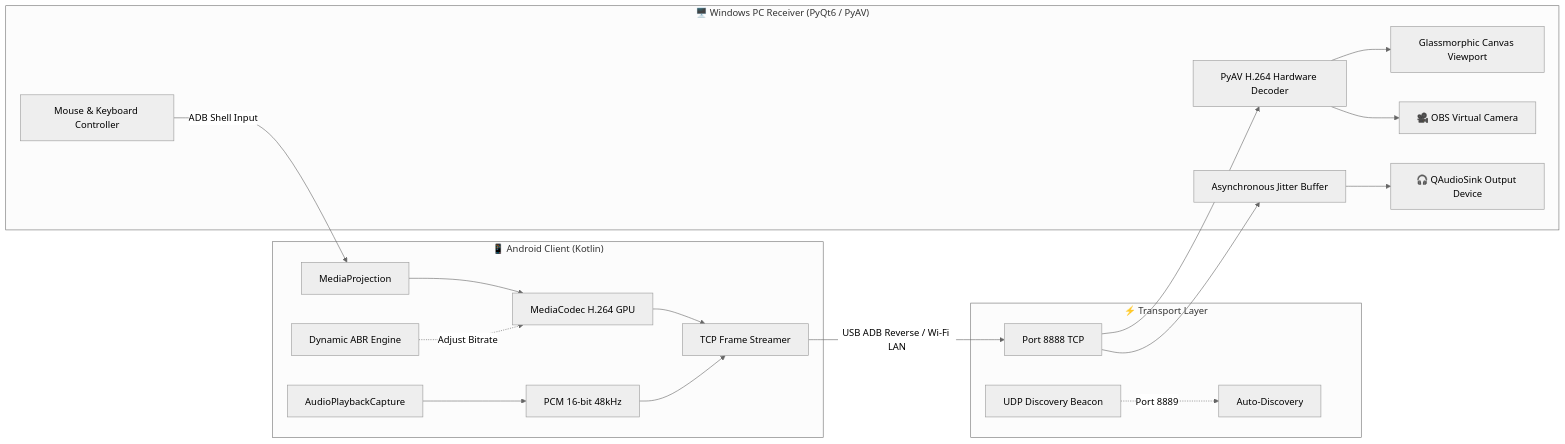
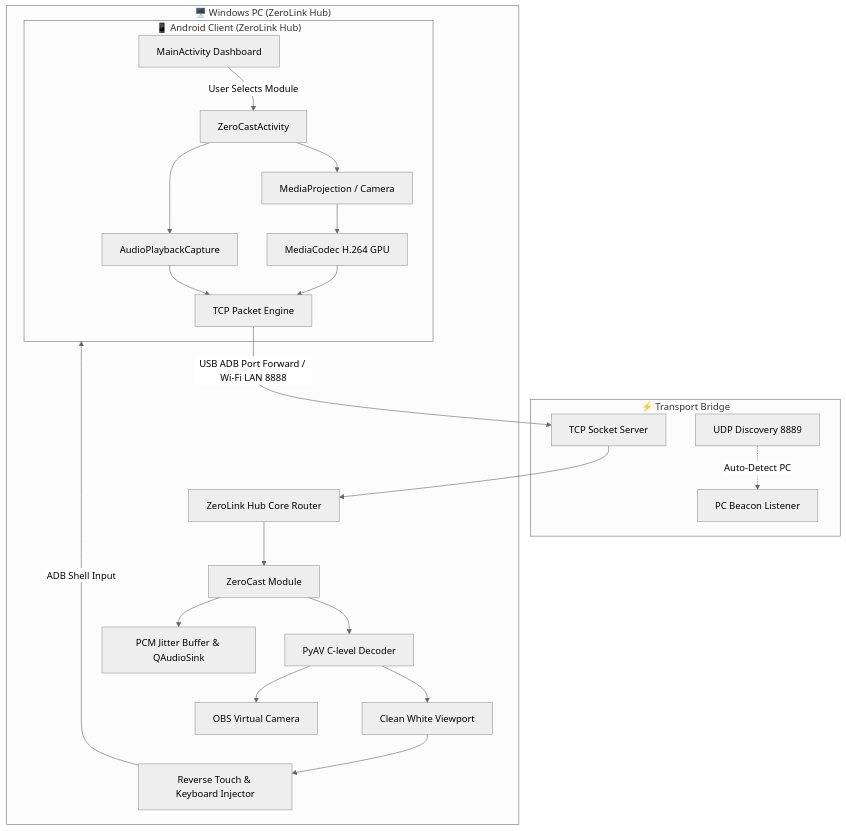
One commit to WhyAlwaysEng/ZeroLink changed the diagram in README.md. Above: the diagram before and after it, drawn with Mermaid (neutral theme). The commit also changed other lines of this file and 2 other files, not shown here.

Commit message:
docs: rewrite README for ZeroLink modular hub ecosystem and clean monochrome branding

````diff
--- a/README.md
+++ b/README.md
@@ -38,24 +72,27 @@
 ```mermaid
-graph LR
-    subgraph Android["📱 Android Client (Kotlin)"]
-        A[MediaProjection] --> B[MediaCodec H.264 GPU]
-        C[AudioPlaybackCapture] --> D[PCM 16-bit 48kHz]
-        B --> E[TCP Frame Streamer]
-        D --> E
-        F[Dynamic ABR Engine] -.->|Adjust Bitrate| B
+graph TD
+    subgraph MobileHub["📱 Android Client (ZeroLink Hub)"]
+        MHub[MainActivity Dashboard] -->|User Selects Module| MCast[ZeroCastActivity]
+        MCast --> MP[MediaProjection / Camera]
+        MP --> MENC[MediaCodec H.264 GPU]
+        MCast --> MAUD[AudioPlaybackCapture]
+        MENC --> MTCP[TCP Packet Engine]
+        MAUD --> MTCP
     end
 
-    subgraph Transport["⚡ Transport Layer"]
-        E -->|USB ADB Reverse / Wi-Fi LAN| G[Port 8888 TCP]
-        H[UDP Discovery Beacon] -.->|Port 8889| I[Auto-Discovery]
+    subgraph Transport["⚡ Transport Bridge"]
+        MTCP -->|USB ADB Port Forward / Wi-Fi LAN 8888| PTCP[TCP Socket Server]
+        UDPBeacon[UDP Discovery 8889] -.->|Auto-Detect PC| UDPListen[PC Beacon Listener]
     end
 
-    subgraph PC["🖥️ Windows PC Receiver (PyQt6 / PyAV)"]
-        G --> J[PyAV H.264 Hardware Decoder]
-        G --> K[Asynchronous Jitter Buffer]
-        J --> L[Glassmorphic Canvas Viewport]
-        J --> M[🎥 OBS Virtual Camera]
-        K --> N[🎧 QAudioSink Output Device]
-        O[Mouse & Keyboard Controller] -->|ADB Shell Input| A
+    subgraph PCHub["🖥️ Windows PC (ZeroLink Hub)"]
+        PTCP --> CoreHub[ZeroLink Hub Core Router]
+        CoreHub --> CastModule[ZeroCast Module]
+        CastModule --> H264Dec[PyAV C-level Decoder]
+        CastModule --> AudioBuf[PCM Jitter Buffer & QAudioSink]
+        H264Dec --> Canvas[Clean White Viewport]
+        H264Dec --> VCam[OBS Virtual Camera]
+        Canvas --> InputCtrl[Reverse Touch & Keyboard Injector]
+        InputCtrl -->|ADB Shell Input| MobileHub
     end
 ```
````
